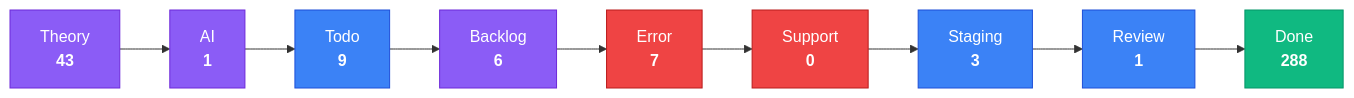
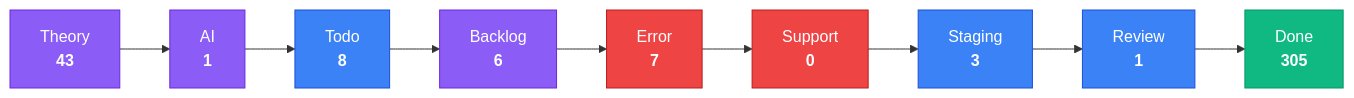
Before and after one commit to KBVE/kbve: the third of 4 diagrams in apps/kbve/astro-kbve/src/content/docs/dashboard/kanban-data.mdx, drawn with Mermaid. The commit also changed other lines of this file and 8 other files, not shown here.

````diff
--- a/apps/kbve/astro-kbve/src/content/docs/dashboard/kanban-data.mdx
+++ b/apps/kbve/astro-kbve/src/content/docs/dashboard/kanban-data.mdx
@@ -80,28 +80,28 @@
 ```mermaid
 flowchart LR
     classDef planning fill:#8b5cf6,stroke:#6d28d9,color:#fff
     classDef active fill:#3b82f6,stroke:#1d4ed8,color:#fff
     classDef blocked fill:#ef4444,stroke:#b91c1c,color:#fff
     classDef done fill:#10b981,stroke:#059669,color:#fff
     Theory["Theory<br/><strong>43</strong>"]
     Theory --> AI
     AI["AI<br/><strong>1</strong>"]
     AI --> Todo
-    Todo["Todo<br/><strong>9</strong>"]
+    Todo["Todo<br/><strong>8</strong>"]
     Todo --> Backlog
     Backlog["Backlog<br/><strong>6</strong>"]
     Backlog --> Error
     Error["Error<br/><strong>7</strong>"]
     Error --> Support
     Support["Support<br/><strong>0</strong>"]
     Support --> Staging
     Staging["Staging<br/><strong>3</strong>"]
     Staging --> Review
     Review["Review<br/><strong>1</strong>"]
     Review --> Done
-    Done["Done<br/><strong>288</strong>"]
+    Done["Done<br/><strong>305</strong>"]
     class Theory,AI,Backlog planning
     class Todo,Staging,Review active
     class Error,Support blocked
     class Done done
 ```
````
